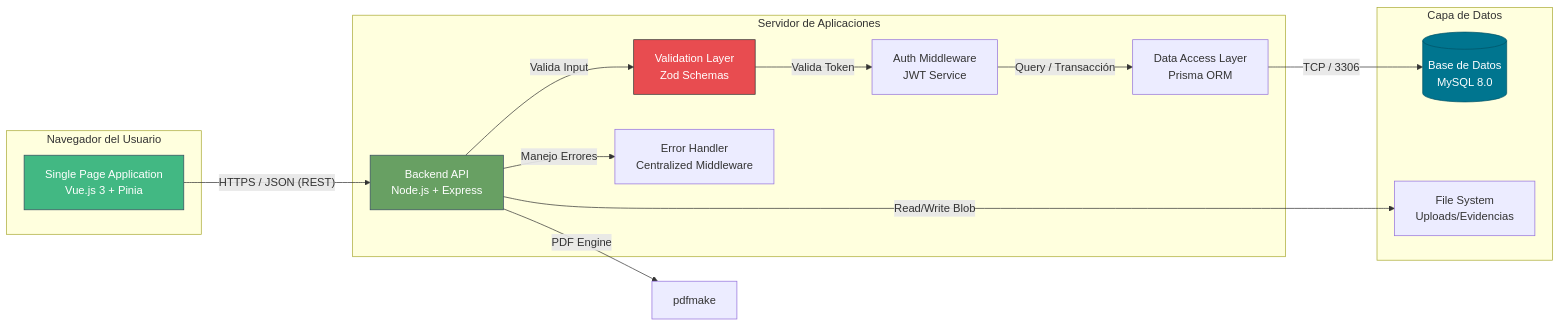
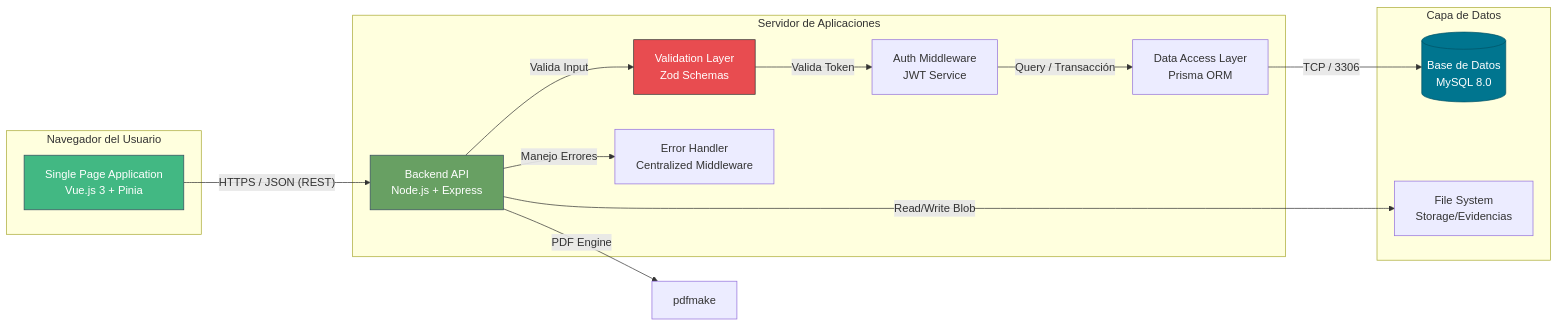
Before and after one commit to herwingx/inventario-ti-lds: the first of 2 diagrams in docs/ARQUITECTURA_TECNOLOGIA.md, drawn with Mermaid. The commit also changed 11 other files, not shown here.

````diff
--- a/docs/ARQUITECTURA_TECNOLOGIA.md
+++ b/docs/ARQUITECTURA_TECNOLOGIA.md
@@ -11,33 +11,33 @@
 ```mermaid
 graph LR
     subgraph "Navegador del Usuario"
         SPA[Single Page Application<br/>Vue.js 3 + Pinia]
     end
 
     subgraph "Servidor de Aplicaciones"
         API[Backend API<br/>Node.js + Express]
         Auth[Auth Middleware<br/>JWT Service]
         Valid[Validation Layer<br/>Zod Schemas]
         Err[Error Handler<br/>Centralized Middleware]
         ORM[Data Access Layer<br/>Prisma ORM]
     end
 
     subgraph "Capa de Datos"
         DB[(Base de Datos<br/>MySQL 8.0)]
-        FS[File System<br/>Uploads/Evidencias]
+        FS[File System<br/>Storage/Evidencias]
     end
 
     SPA -- "HTTPS / JSON (REST)" --> API
     API -- "Valida Input" --> Valid
     Valid -- "Valida Token" --> Auth
     Auth -- "Query / Transacción" --> ORM
     ORM -- "TCP / 3306" --> DB
     API -- "Manejo Errores" --> Err
     API -- "Read/Write Blob" --> FS
     API -- "PDF Engine" --> pdfmake[pdfmake]
     
     style SPA fill:#42b883,stroke:#35495e,color:#fff
     style API fill:#68a063,stroke:#35495e,color:#fff
     style DB fill:#00758f,stroke:#005467,color:#fff
     style Valid fill:#e84c50,stroke:#333,color:#fff
 ```
````
